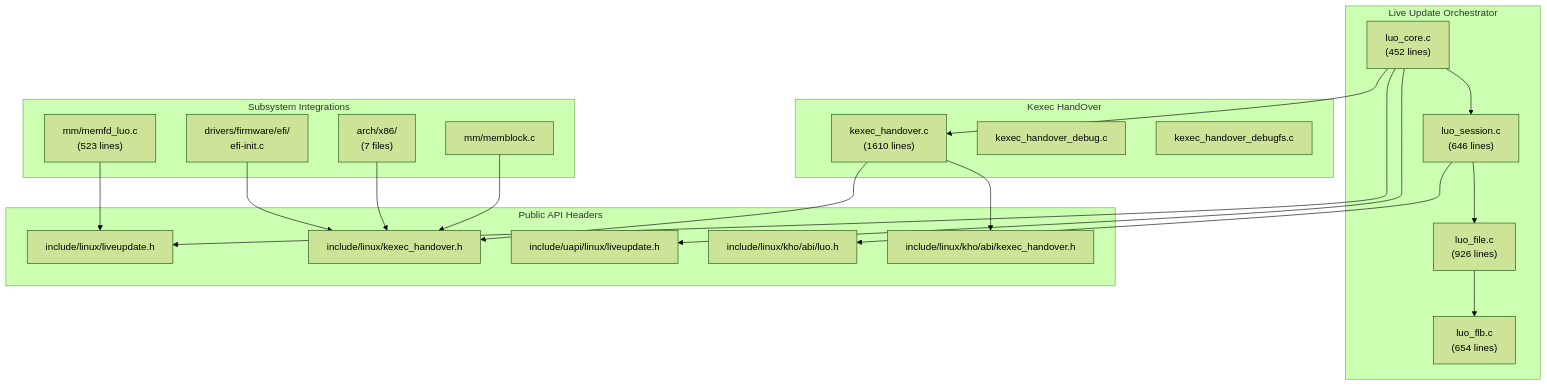
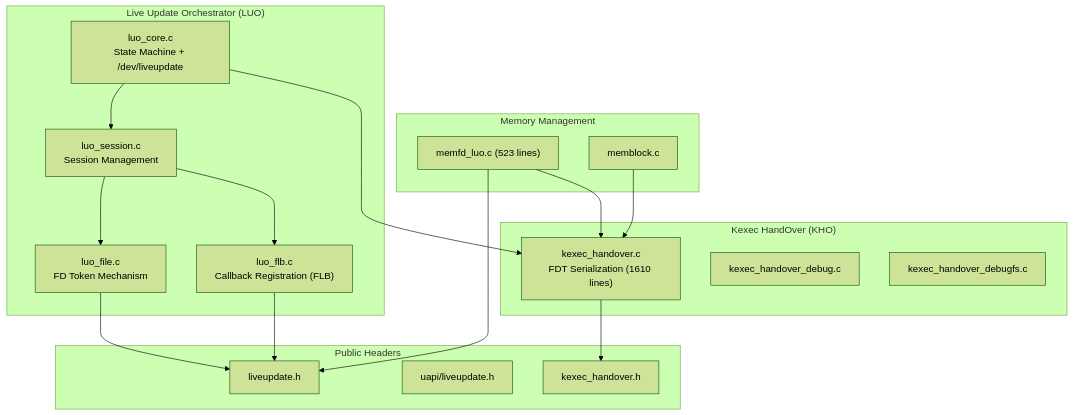
The first of 4 diagrams in Documentation/liveupdate/archaeology.md (Blitzy-Sandbox/blitzy-linux), drawn with Mermaid (forest theme) before and after one commit. The commit also changed other lines of this file and 1 other file, not shown here.

First line of the commit message:
feat(F-017): Add Python orchestrator for Live Update archaeological analysis (Directive 8)

````diff
--- a/Documentation/liveupdate/archaeology.md
+++ b/Documentation/liveupdate/archaeology.md
@@ -87,40 +36,33 @@
 ```mermaid
 graph TD
-    subgraph LUO["Live Update Orchestrator"]
-        LUO_CORE["luo_core.c<br/>(452 lines)"]
-        LUO_SESSION["luo_session.c<br/>(646 lines)"]
-        LUO_FILE["luo_file.c<br/>(926 lines)"]
-        LUO_FLB["luo_flb.c<br/>(654 lines)"]
+    subgraph LUO["Live Update Orchestrator (LUO)"]
+        LUO_CORE["luo_core.c<br/>State Machine + /dev/liveupdate"]
+        LUO_SESSION["luo_session.c<br/>Session Management"]
+        LUO_FILE["luo_file.c<br/>FD Token Mechanism"]
+        LUO_FLB["luo_flb.c<br/>Callback Registration (FLB)"]
     end
-    subgraph KHO["Kexec HandOver"]
-        KHO_CORE["kexec_handover.c<br/>(1610 lines)"]
+    subgraph KHO["Kexec HandOver (KHO)"]
+        KHO_CORE["kexec_handover.c<br/>FDT Serialization (1610 lines)"]
         KHO_DEBUG["kexec_handover_debug.c"]
         KHO_DEBUGFS["kexec_handover_debugfs.c"]
     end
-    subgraph Headers["Public API Headers"]
-        LU_H["include/linux/liveupdate.h"]
-        KHO_H["include/linux/kexec_handover.h"]
-        UAPI_H["include/uapi/linux/liveupdate.h"]
-        ABI_LUO["include/linux/kho/abi/luo.h"]
-        ABI_KHO["include/linux/kho/abi/kexec_handover.h"]
+    subgraph API["Public Headers"]
+        LU_H["liveupdate.h"]
+        LU_UAPI["uapi/liveupdate.h"]
+        KHO_H["kexec_handover.h"]
     end
-    subgraph Integrations["Subsystem Integrations"]
-        MEMFD["mm/memfd_luo.c<br/>(523 lines)"]
-        MEMBLOCK["mm/memblock.c"]
-        X86["arch/x86/<br/>(7 files)"]
-        EFI["drivers/firmware/efi/<br/>efi-init.c"]
+    subgraph MM["Memory Management"]
+        MEMFD["memfd_luo.c (523 lines)"]
+        MEMBLOCK["memblock.c"]
     end
+    LUO_CORE --> KHO_CORE
     LUO_CORE --> LUO_SESSION
-    LUO_CORE --> KHO_CORE
     LUO_SESSION --> LUO_FILE
-    LUO_FILE --> LUO_FLB
-    LUO_CORE --> LU_H
-    LUO_CORE --> UAPI_H
+    LUO_SESSION --> LUO_FLB
+    LUO_FILE --> LU_H
+    LUO_FLB --> LU_H
     KHO_CORE --> KHO_H
-    KHO_CORE --> ABI_KHO
-    LUO_SESSION --> ABI_LUO
     MEMFD --> LU_H
-    MEMBLOCK --> KHO_H
-    X86 --> KHO_H
-    EFI --> KHO_H
+    MEMFD --> KHO_CORE
+    MEMBLOCK --> KHO_CORE
 ```
````
